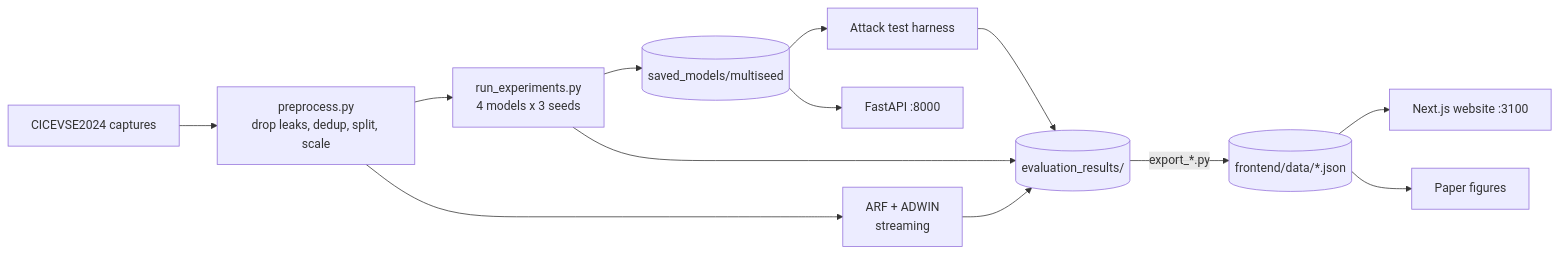
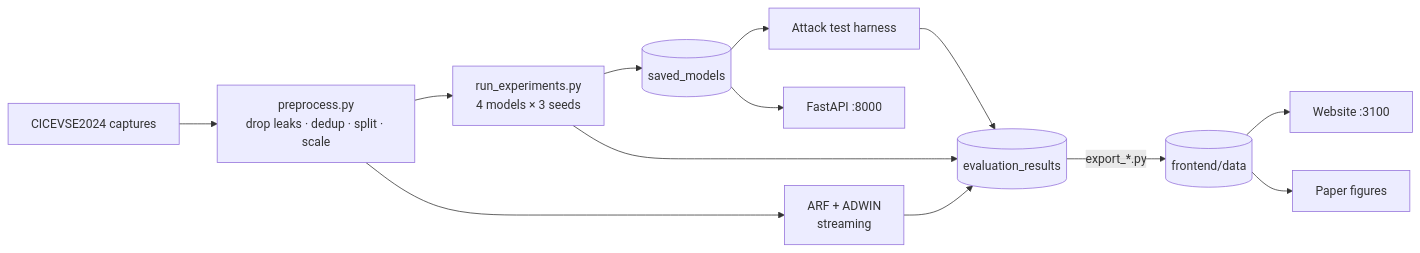
Before and after one commit to Mukta01/EVNet_Sentinel: the diagram in README.md, drawn with Mermaid. The commit also changed other lines of this file and 4 other files, not shown here.

````diff
--- a/README.md
+++ b/README.md
@@ -40,15 +125,15 @@
 ```mermaid
 flowchart LR
-    A[CICEVSE2024 captures] --> B[preprocess.py<br/>drop leaks, dedup, split, scale]
-    B --> C[run_experiments.py<br/>4 models x 3 seeds]
+    A[CICEVSE2024 captures] --> B[preprocess.py<br/>drop leaks · dedup · split · scale]
+    B --> C[run_experiments.py<br/>4 models × 3 seeds]
     B --> D[ARF + ADWIN<br/>streaming]
-    C --> M[(saved_models/multiseed)]
+    C --> M[(saved_models)]
     M --> H[Attack test harness]
-    C --> R[(evaluation_results/)]
+    C --> R[(evaluation_results)]
     D --> R
     H --> R
     M --> API[FastAPI :8000]
-    R -->|export_*.py| J[(frontend/data/*.json)]
-    J --> W[Next.js website :3100]
+    R -->|export_*.py| J[(frontend/data)]
+    J --> W[Website :3100]
     J --> P[Paper figures]
 ```
````
